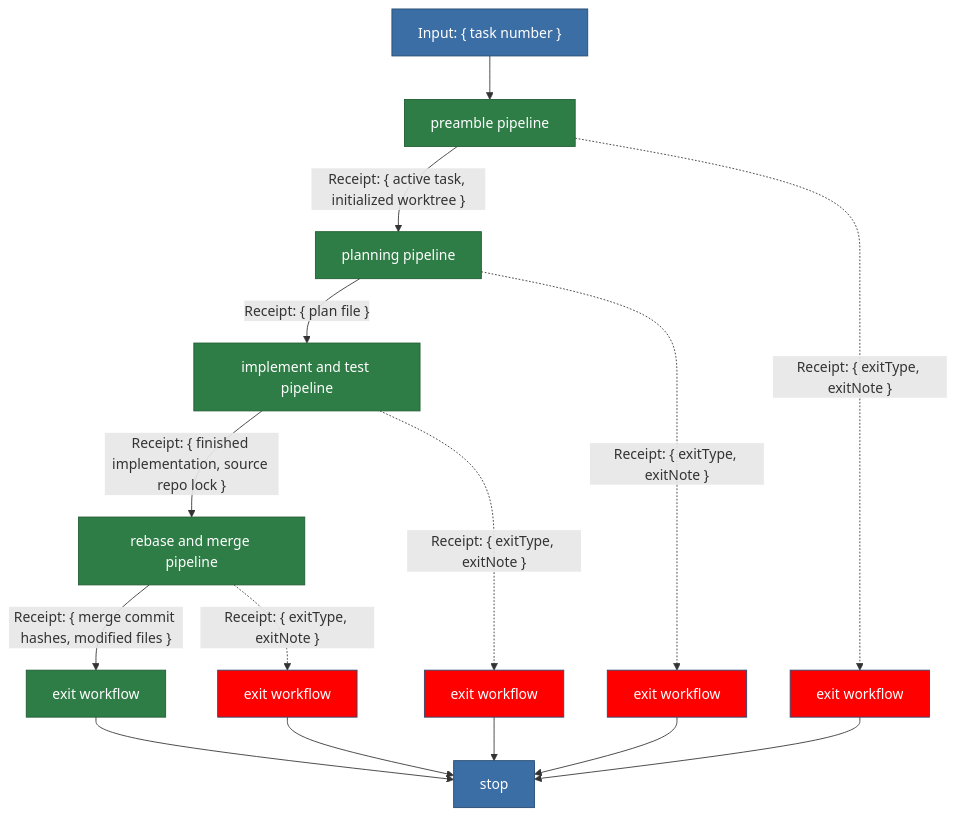
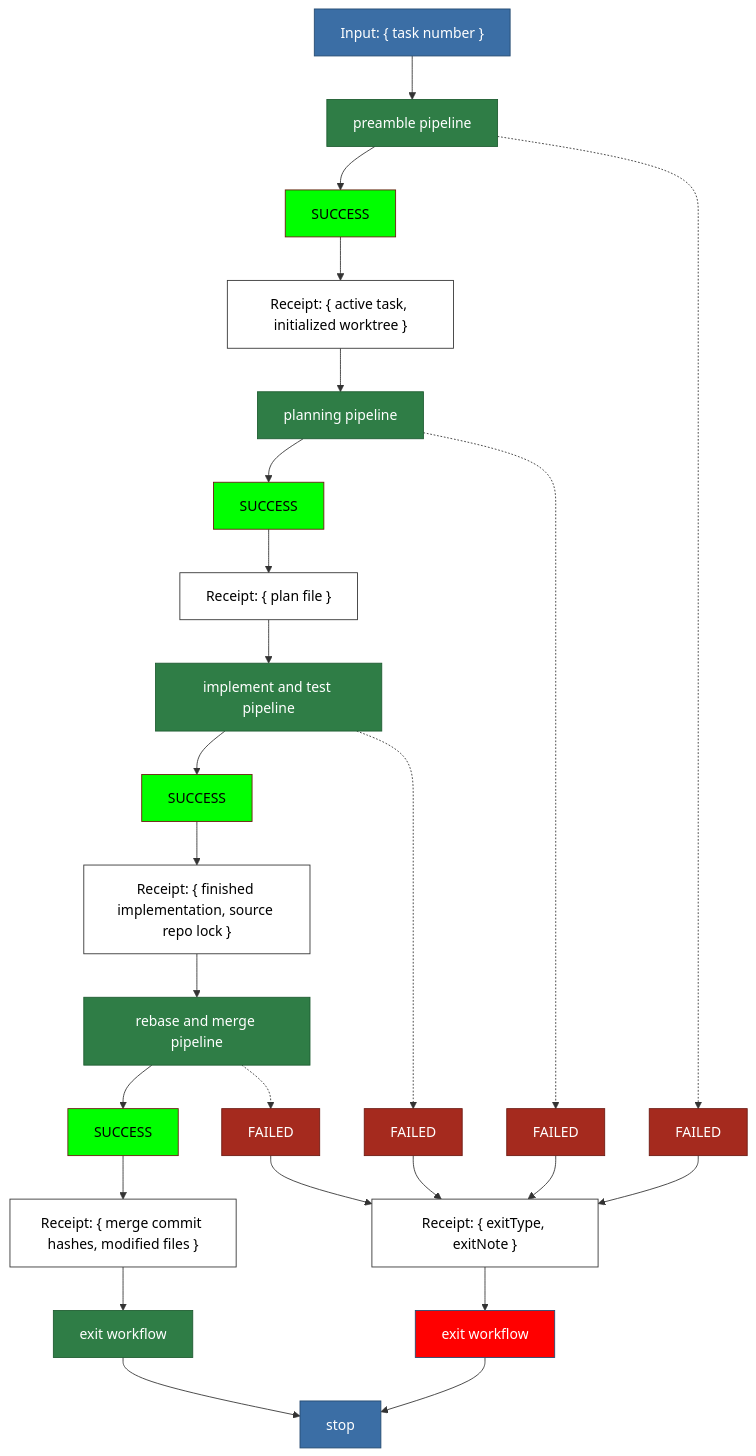
One commit to matkatmusic/taskTools changed the diagram in plans/diagram/pipeline.mmd. Above: the diagram before and after it, drawn with Mermaid. The commit also changed 9 other files, not shown here.

```diff
--- a/plans/diagram/pipeline.mmd
+++ b/plans/diagram/pipeline.mmd
@@ -1,50 +1,62 @@
 flowchart TB
 %% OVERVIEW. One block per pipeline. Each block is drawn in full in its own file:
 %%   preamble pipeline           pipeline-preamble.mmd
 %%   planning pipeline           pipeline-planning.mmd
 %%   implement and test pipeline pipeline-implementTest.mmd
 %%   rebase and merge pipeline   pipeline-rebaseMerge.mmd
 %%   exit workflow               pipeline-exitWorkflow.mmd
 %% The dotted arrow out of each block is that block's early exit, drawn as one
 %% arrow here. The exit types it carries are listed in that block's own file.
 %% Every "exit workflow" box is the SAME workflow, drawn once per caller so the
-%% arrows stay readable. Red is its failure tail, green its success tail.
-%% The solid arrow between two blocks is the artifact the first hands the second.
+%% arrows stay readable.
+%% Every pipeline emits a white Receipt block, on both paths: the success receipt
+%% is the next pipeline's input, the failure receipt is the exit workflow's.
 %% Exit types, one per path that reaches [stop]:
 %%   completed          - archived to completedTasks.json
 %%   invalid-number     - not in tasks.json or completedTasks.json
 %%   not-open           - already completed
 %%   already-active     - a previous run left the task active
 %%   blocked            - an open blocker remains
 %%   plan-scrapped      - codex scrapped the plan twice
 %%   tests-red          - task tests still failing after 2 fix attempts
 %%   tests-flagged      - codex flagged the tests twice
 %%   suite-red          - full suite still failing after 2 fix attempts
 %%   rebase-stuck       - the rebase did not advance after 2 conflict fixes
 %%   merge-failed       - the merge did not land twice
 %%   fence-violation    - a step changed a file the task does not own
 %%   run-failed         - a script failed operationally; can leave ANY green box
 %%                        in any pipeline
 
-  NUM["Input: { task number }"] --> PRE["preamble pipeline"]
-  PRE -- "Receipt: { active task, initialized worktree }" --> PLANP["planning pipeline"]
-  PLANP -- "Receipt: { plan file }" --> IMPL["implement and test pipeline"]
-  IMPL -- "Receipt: { finished implementation, source repo lock }" --> RM["rebase and merge pipeline"]
-  RM -- "Receipt: { merge commit hashes, modified files }" --> EXITOK["exit workflow"]
-  EXITOK --> STOP["stop"]
+  TASK_NUMBER_INPUT["Input: { task number }"] --> PREAMBLE_PIPELINE["preamble pipeline"]
+  PREAMBLE_PIPELINE --> PREAMBLE_PIPELINE_SUCCESS["SUCCESS"] --> ACTIVE_TASK_WORKTREE_RECEIPT["Receipt: { active task, initialized worktree }"]
+  ACTIVE_TASK_WORKTREE_RECEIPT --> PLANNING_PIPELINE["planning pipeline"]
+  PLANNING_PIPELINE --> PLANNING_PIPELINE_SUCCESS["SUCCESS"] --> PLAN_FILE_RECEIPT["Receipt: { plan file }"]
+  PLAN_FILE_RECEIPT --> IMPLEMENT_AND_TEST_PIPELINE["implement and test pipeline"]
+  IMPLEMENT_AND_TEST_PIPELINE --> IMPLEMENT_AND_TEST_PIPELINE_SUCCESS["SUCCESS"] --> FINISHED_IMPLEMENTATION_RECEIPT["Receipt: { finished implementation, source repo lock }"]
+  FINISHED_IMPLEMENTATION_RECEIPT --> REBASE_AND_MERGE_PIPELINE["rebase and merge pipeline"]
+  REBASE_AND_MERGE_PIPELINE --> REBASE_AND_MERGE_PIPELINE_SUCCESS["SUCCESS"] --> MERGE_RECEIPT["Receipt: { merge commit hashes, modified files }"]
+  MERGE_RECEIPT --> EXIT_WORKFLOW_SUCCESS["exit workflow"]
+  EXIT_WORKFLOW_SUCCESS --> STOP["stop"]
 
-  PRE -. "Receipt: { exitType, exitNote }" .-> EXITPRE["exit workflow"]
-  PLANP -. "Receipt: { exitType, exitNote }" .-> EXITPLAN["exit workflow"]
-  IMPL -. "Receipt: { exitType, exitNote }" .-> EXITIMPL["exit workflow"]
-  RM -. "Receipt: { exitType, exitNote }" .-> EXITRM["exit workflow"]
-  EXITPRE --> STOP
-  EXITPLAN --> STOP
-  EXITIMPL --> STOP
-  EXITRM --> STOP
+  PREAMBLE_PIPELINE -.-> PREAMBLE_PIPELINE_FAIL["FAILED"]
+  PREAMBLE_PIPELINE_FAIL --> PIPELINE_FAILURE_RECEIPT["Receipt: { exitType, exitNote }"]
+  PIPELINE_FAILURE_RECEIPT --> EXIT_WORKFLOW_FAILURE["exit workflow"]
+
+  PLANNING_PIPELINE -.-> PLANNING_PIPELINE_FAIL["FAILED"] --> PIPELINE_FAILURE_RECEIPT
+  IMPLEMENT_AND_TEST_PIPELINE -.-> IMPLEMENT_AND_TEST_PIPELINE_FAIL["FAILED"] --> PIPELINE_FAILURE_RECEIPT
+
+  REBASE_AND_MERGE_PIPELINE -.-> REBASE_AND_MERGE_PIPELINE_FAIL["FAILED"] --> PIPELINE_FAILURE_RECEIPT
+  EXIT_WORKFLOW_FAILURE --> STOP
 
   classDef pipeline fill:#2f7d46,stroke:#1e5c31,color:#ffffff
+  classDef receipt fill:#ffffff,stroke:#333333,color:#000000
   classDef output fill:#3b6ea5,stroke:#254a70,color:#ffffff
   classDef fail fill:red,stroke:#254a70,color:#ffffff
-  class PRE,PLANP,IMPL,RM,EXITOK pipeline
-  class EXITPRE,EXITPLAN,EXITIMPL,EXITRM fail
-  class NUM,STOP output
+  classDef nopass fill:#a52a1e,stroke:#6d1a12,color:#ffffff
+  classDef pass fill:#00ff00,stroke:#6d1a12,color:#000000
+  class PREAMBLE_PIPELINE,PLANNING_PIPELINE,IMPLEMENT_AND_TEST_PIPELINE,REBASE_AND_MERGE_PIPELINE,EXIT_WORKFLOW_SUCCESS pipeline
+  class ACTIVE_TASK_WORKTREE_RECEIPT,PLAN_FILE_RECEIPT,FINISHED_IMPLEMENTATION_RECEIPT,MERGE_RECEIPT,PIPELINE_FAILURE_RECEIPT receipt
+  class PREAMBLE_PIPELINE_SUCCESS,PLANNING_PIPELINE_SUCCESS,IMPLEMENT_AND_TEST_PIPELINE_SUCCESS,REBASE_AND_MERGE_PIPELINE_SUCCESS pass
+  class PREAMBLE_PIPELINE_FAIL,PLANNING_PIPELINE_FAIL,IMPLEMENT_AND_TEST_PIPELINE_FAIL,REBASE_AND_MERGE_PIPELINE_FAIL nopass
+  class EXIT_WORKFLOW_FAILURE fail
+  class TASK_NUMBER_INPUT,STOP output
```
